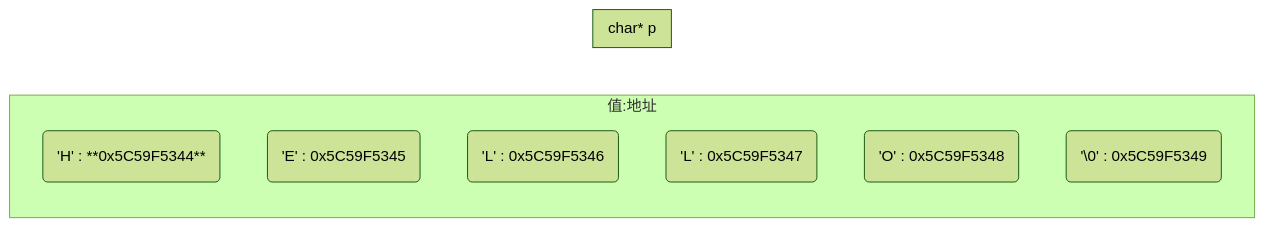
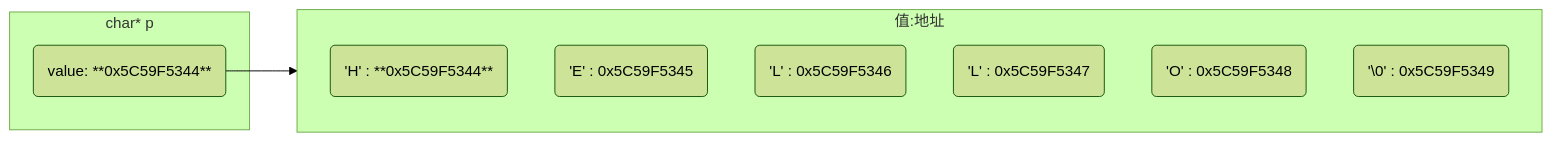
One commit to dmjcb/dmjcb.github.io changed the second of 3 diagrams in _posts/Language/C&C++/Char/2021-11-13-字符.md. Above: the diagram before and after it, drawn with Mermaid (forest theme). The commit also changed other lines of this file and 122 other files, not shown here.

Commit message:
修复图形显示BUG

````diff
--- a/_posts/Language/C&C++/Char/2021-11-13-字符.md
+++ b/_posts/Language/C&C++/Char/2021-11-13-字符.md
@@ -116,15 +122,16 @@
 ```mermaid
 graph LR
     subgraph 值:地址
         direction TB
         a0('H' : **0x5C59F5344**)
         a1('E' : 0x5C59F5345)
         a2('L' : 0x5C59F5346)
         a3('L' : 0x5C59F5347)
         a4('O' : 0x5C59F5348)
         a5('\0' : 0x5C59F5349)
     end
 
     subgraph char* p
+        V(value: **0x5C59F5344**)-->a0
     end
 ```
````
